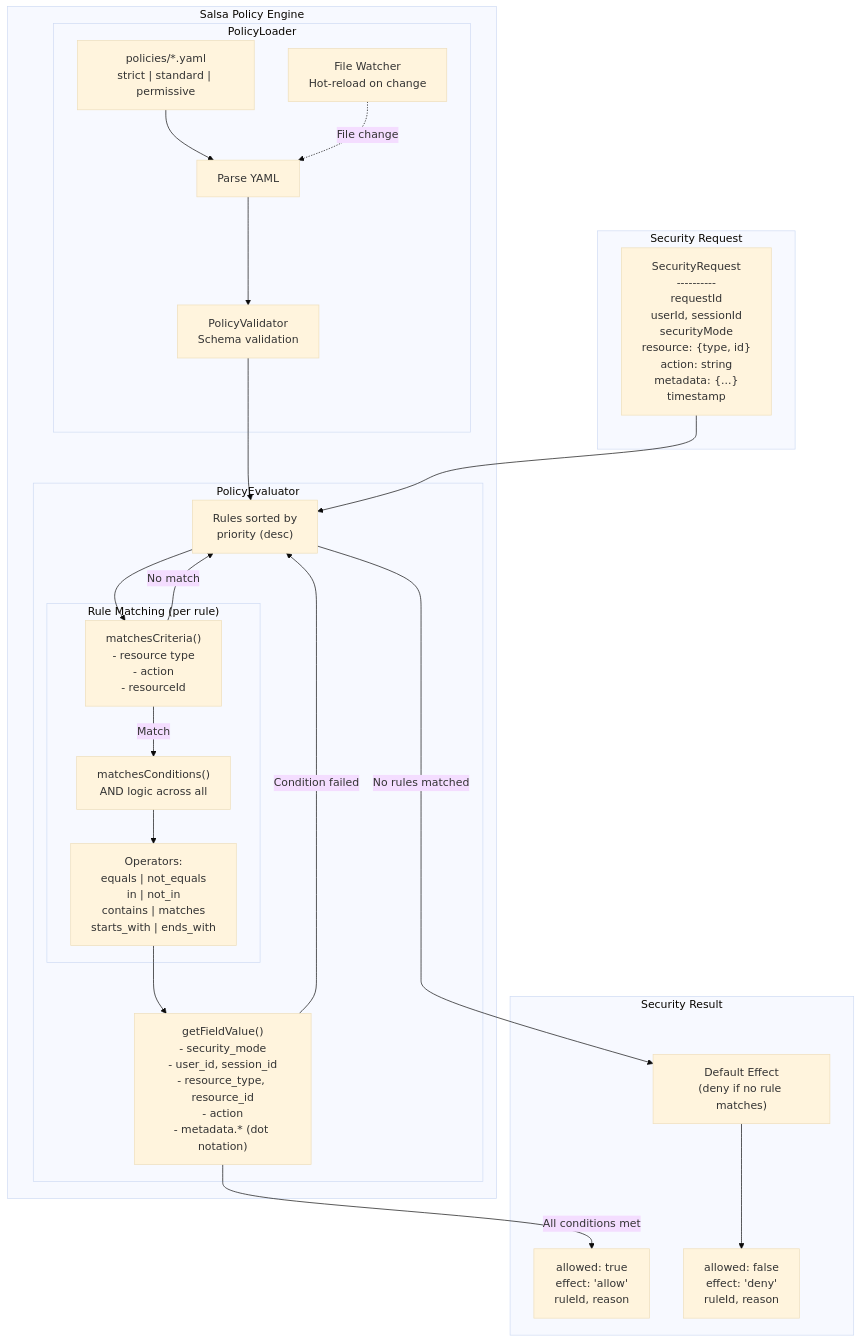
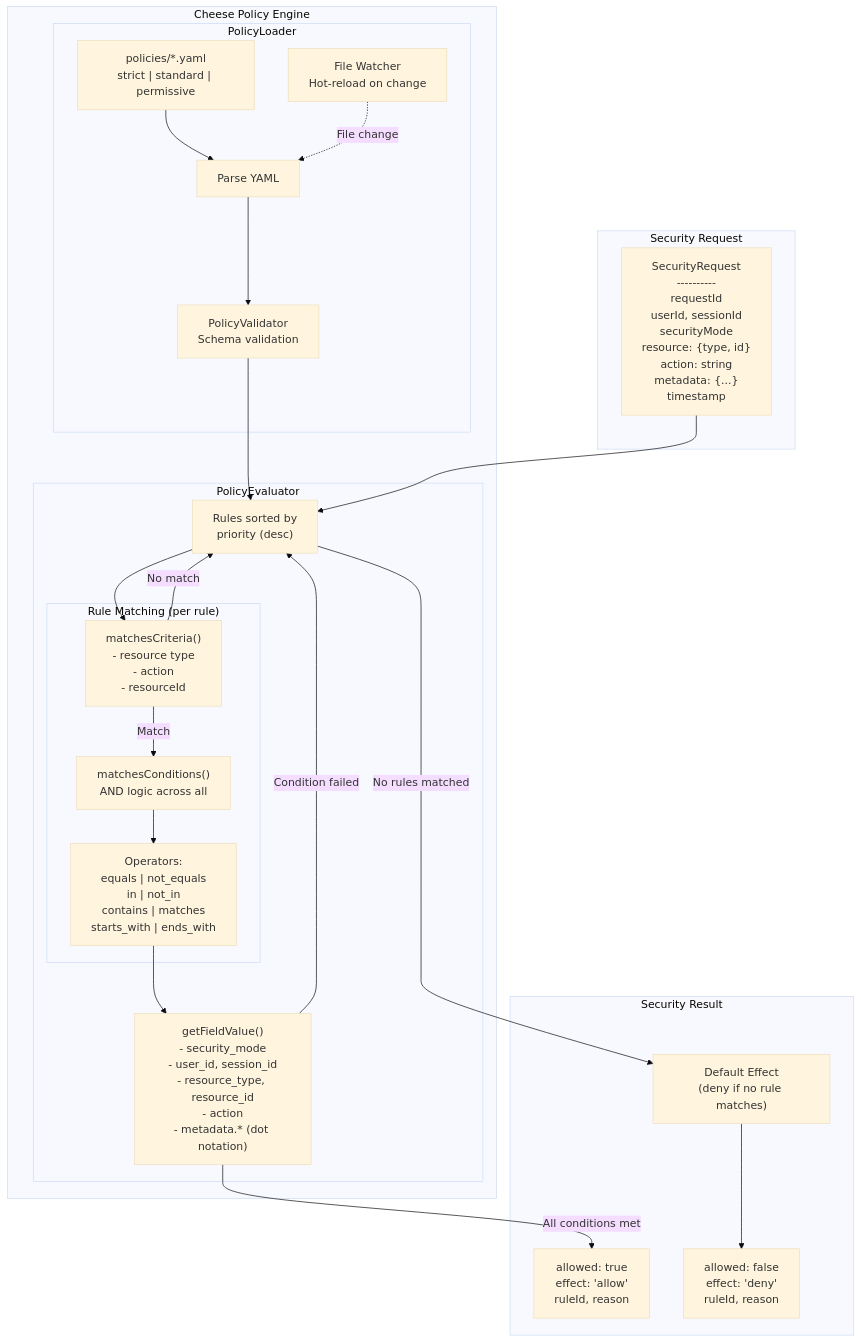
Before and after one commit to Nacho-Labs-LLC/nachos-docs: the fourth of 29 diagrams in internal/diagrams.md, drawn with Mermaid. The commit also changed other lines of this file and 3 other files, not shown here.

Commit message:
salsa -> cheese

````diff
--- a/internal/diagrams.md
+++ b/internal/diagrams.md
@@ -273,50 +273,50 @@
 ```mermaid
 %%{init: {'theme': 'base'}}%%
 
 flowchart TB
     subgraph Input["Security Request"]
         Req["SecurityRequest<br/>----------<br/>requestId<br/>userId, sessionId<br/>securityMode<br/>resource: {type, id}<br/>action: string<br/>metadata: {...}<br/>timestamp"]
     end
 
-    subgraph Salsa["Salsa Policy Engine"]
+    subgraph Cheese["Cheese Policy Engine"]
 
         subgraph Loader["PolicyLoader"]
             YAML["policies/*.yaml<br/>strict | standard | permissive"]
             Parse["Parse YAML"]
             Validate["PolicyValidator<br/>Schema validation"]
             HotReload["File Watcher<br/>Hot-reload on change"]
         end
 
         subgraph Evaluator["PolicyEvaluator"]
             PrioritySort["Rules sorted by<br/>priority (desc)"]
 
             subgraph RuleMatch["Rule Matching (per rule)"]
                 Criteria["matchesCriteria()<br/>- resource type<br/>- action<br/>- resourceId"]
                 Conditions["matchesConditions()<br/>AND logic across all"]
                 Operators["Operators:<br/>equals | not_equals<br/>in | not_in<br/>contains | matches<br/>starts_with | ends_with"]
             end
 
             FieldRes["getFieldValue()<br/>- security_mode<br/>- user_id, session_id<br/>- resource_type, resource_id<br/>- action<br/>- metadata.* (dot notation)"]
         end
     end
 
     subgraph Output["Security Result"]
         Allow["allowed: true<br/>effect: 'allow'<br/>ruleId, reason"]
         Deny["allowed: false<br/>effect: 'deny'<br/>ruleId, reason"]
         Default["Default Effect<br/>(deny if no rule matches)"]
     end
 
     YAML --> Parse --> Validate --> PrioritySort
     HotReload -.->|File change| Parse
 
     Req --> PrioritySort
     PrioritySort --> Criteria
     Criteria -->|Match| Conditions
     Criteria -->|No match| PrioritySort
     Conditions --> Operators
     Operators --> FieldRes
     FieldRes -->|All conditions met| Allow
     FieldRes -->|Condition failed| PrioritySort
     PrioritySort -->|No rules matched| Default
     Default --> Deny
 ```
````
